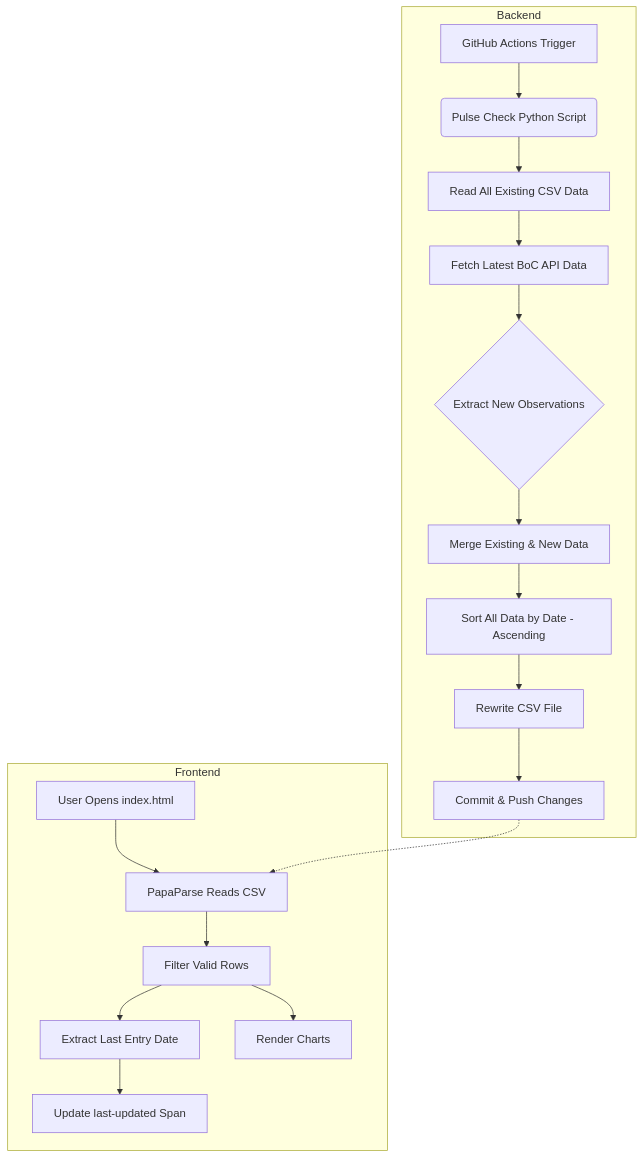
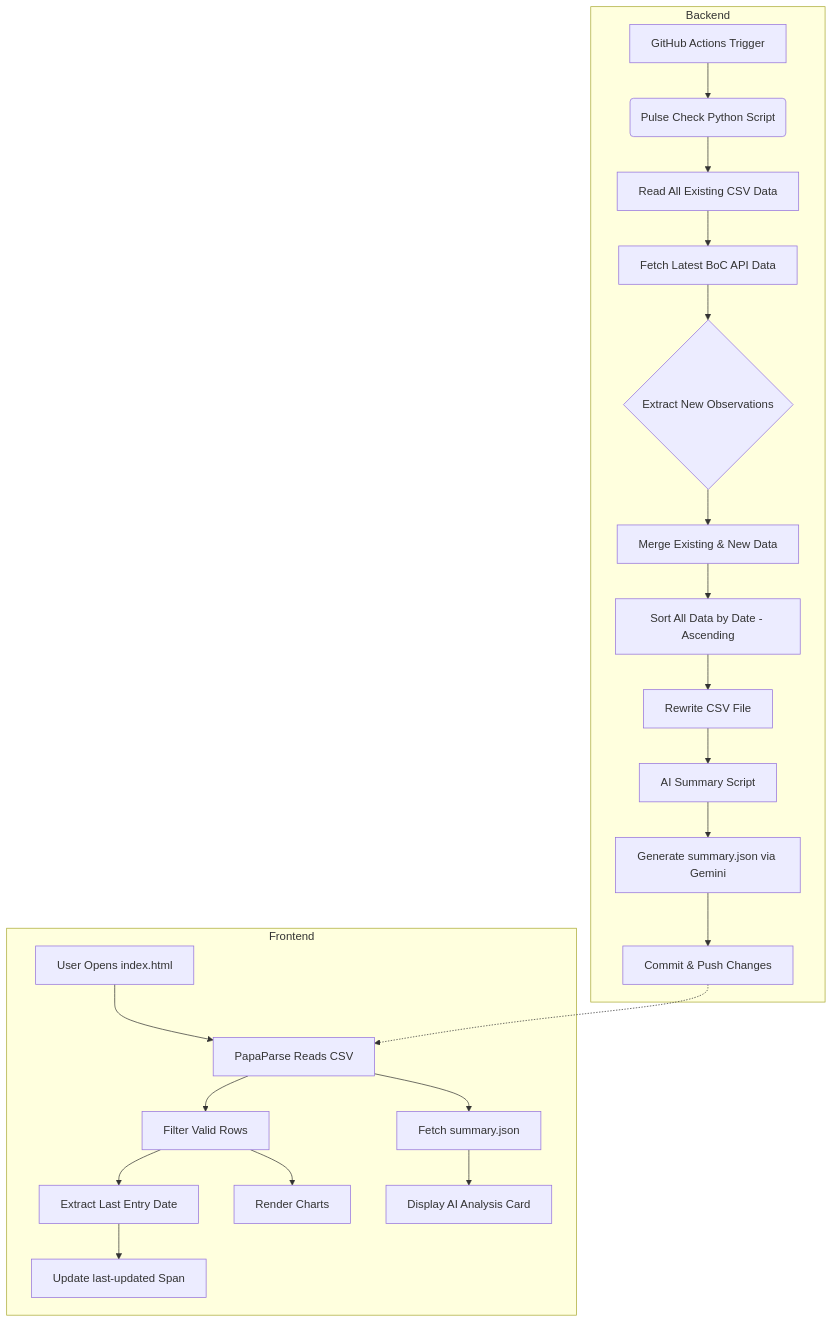
Before and after one commit to rnparker/Gemini-Sandbox: the diagram in diagrams/data_flow.mmd, drawn with Mermaid. The commit also changed 3 other files, not shown here.

Commit message:
docs: fix AI summary display in PR previews and update data flow diagram

```diff
--- a/diagrams/data_flow.mmd
+++ b/diagrams/data_flow.mmd
@@ -1,21 +1,25 @@
 graph TD
     subgraph Backend
     A[GitHub Actions Trigger] --> B(Pulse Check Python Script)
     B --> C[Read All Existing CSV Data]
     C --> D[Fetch Latest BoC API Data]
     D --> E{Extract New Observations}
     E --> F[Merge Existing & New Data]
     F --> G[Sort All Data by Date - Ascending]
     G --> H[Rewrite CSV File]
-    H --> I[Commit & Push Changes]
+    H --> I[AI Summary Script]
+    I --> J[Generate summary.json via Gemini]
+    J --> K[Commit & Push Changes]
     end
 
     subgraph Frontend
-    J[User Opens index.html] --> K[PapaParse Reads CSV]
-    K --> L[Filter Valid Rows]
-    L --> M[Extract Last Entry Date]
-    M --> N[Update last-updated Span]
-    L --> O[Render Charts]
+    L[User Opens index.html] --> M[PapaParse Reads CSV]
+    M --> N[Filter Valid Rows]
+    N --> O[Extract Last Entry Date]
+    O --> P[Update last-updated Span]
+    M --> Q[Fetch summary.json]
+    Q --> R[Display AI Analysis Card]
+    N --> S[Render Charts]
     end
 
-    I -.-> K
+    K -.-> M
```
